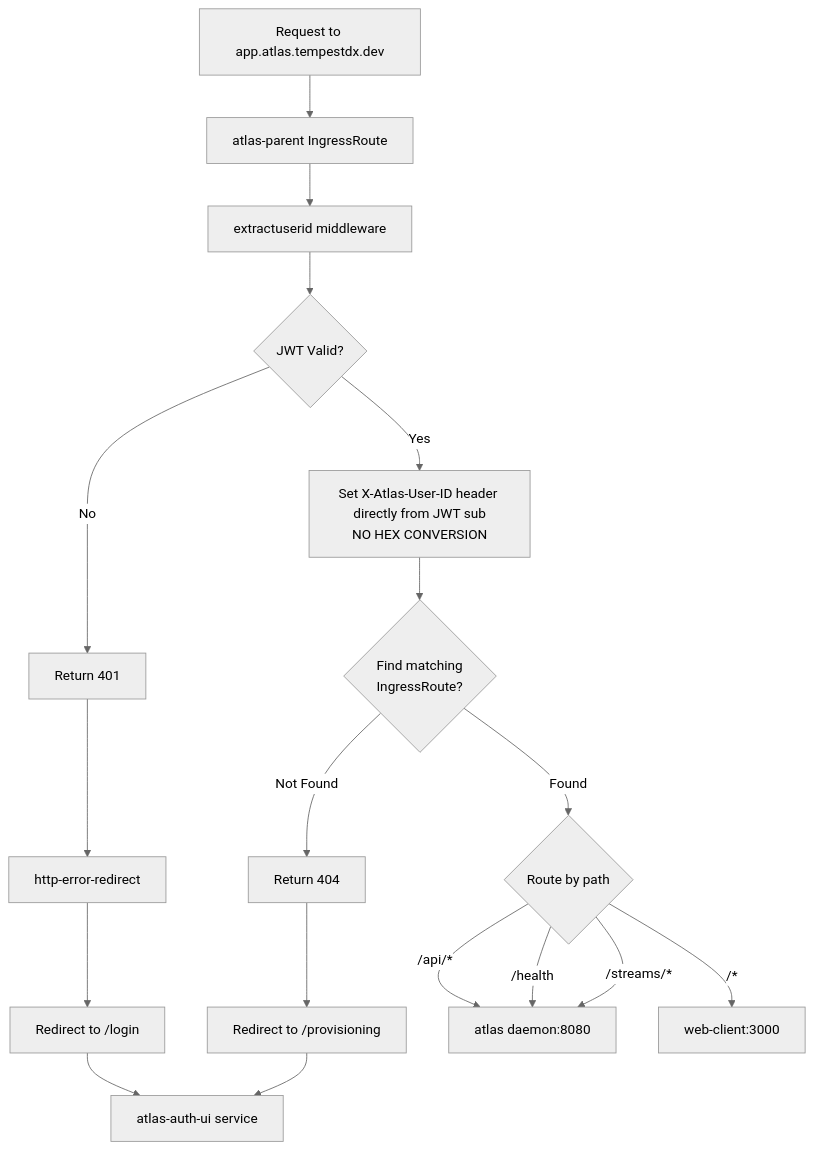
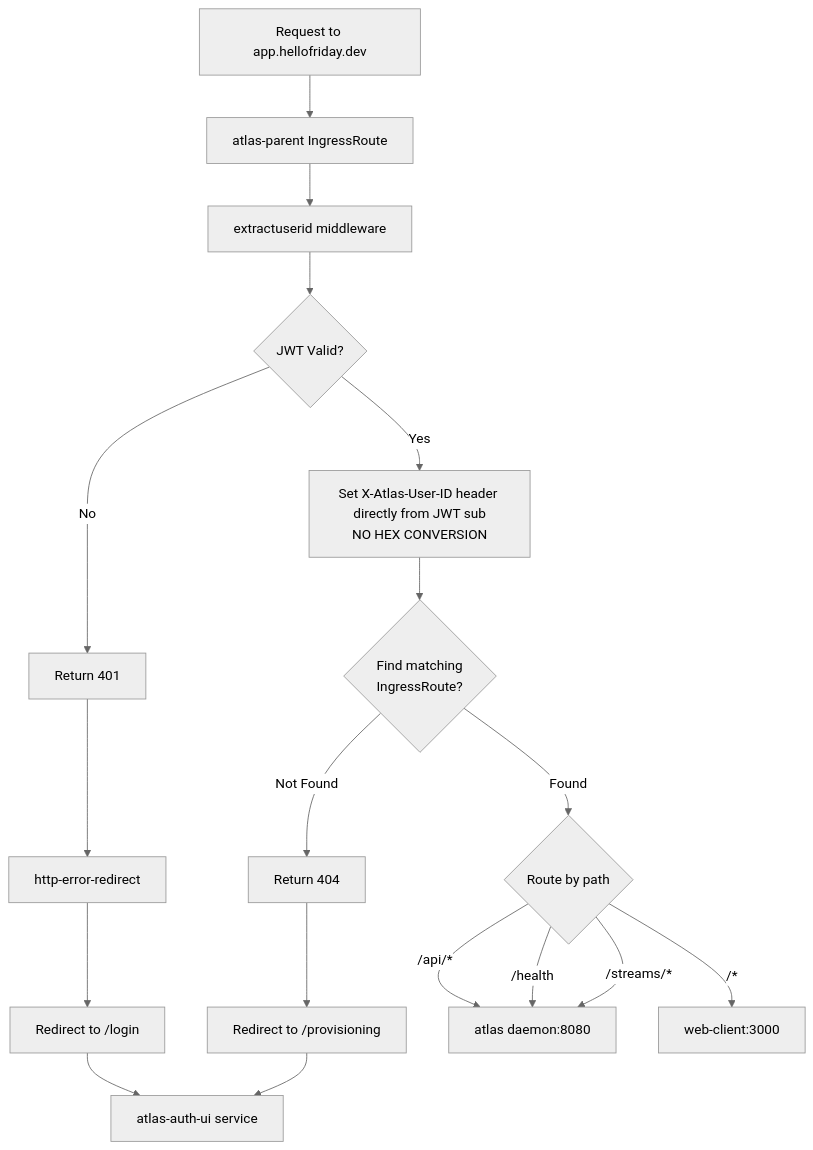
Before and after one commit to friday-platform/friday-studio: the seventh of 10 diagrams in docs/ATLAS_AUTH_USER_JOURNEY.md, drawn with Mermaid (neutral theme). The commit also changed other lines of this file and 20 other files, not shown here.

First line of the commit message:
chore: rebrand domains from tempestdx to hellofriday (#1223)

````diff
--- a/docs/ATLAS_AUTH_USER_JOURNEY.md
+++ b/docs/ATLAS_AUTH_USER_JOURNEY.md
@@ -242,26 +242,26 @@
 ```mermaid
 flowchart TD
-    Request[Request to app.atlas.tempestdx.dev] --> Parent[atlas-parent IngressRoute]
+    Request[Request to app.hellofriday.dev] --> Parent[atlas-parent IngressRoute]
     Parent --> Extract[extractuserid middleware]
 
     Extract --> Check{JWT Valid?}
     Check -->|No| Return401[Return 401]
     Return401 --> ErrorRedirect[http-error-redirect]
     ErrorRedirect --> LoginPage[Redirect to /login]
 
     Check -->|Yes| SetHeader[Set X-Atlas-User-ID header directly from JWT sub<br/>NO HEX CONVERSION]
     SetHeader --> FindRoute{Find matching<br/>IngressRoute?}
 
     FindRoute -->|Not Found| Return404[Return 404]
     Return404 --> ProvisionRedirect[Redirect to /provisioning]
 
     FindRoute -->|Found| RouteByPath{Route by path}
 
     RouteByPath -->|/api/*| Daemon8080[atlas daemon:8080]
     RouteByPath -->|/health| Daemon8080
     RouteByPath -->|/streams/*| Daemon8080
     RouteByPath -->|/*| WebClient3000[web-client:3000]
 
     LoginPage --> AuthUI[atlas-auth-ui service]
     ProvisionRedirect --> AuthUI
 ```
````
